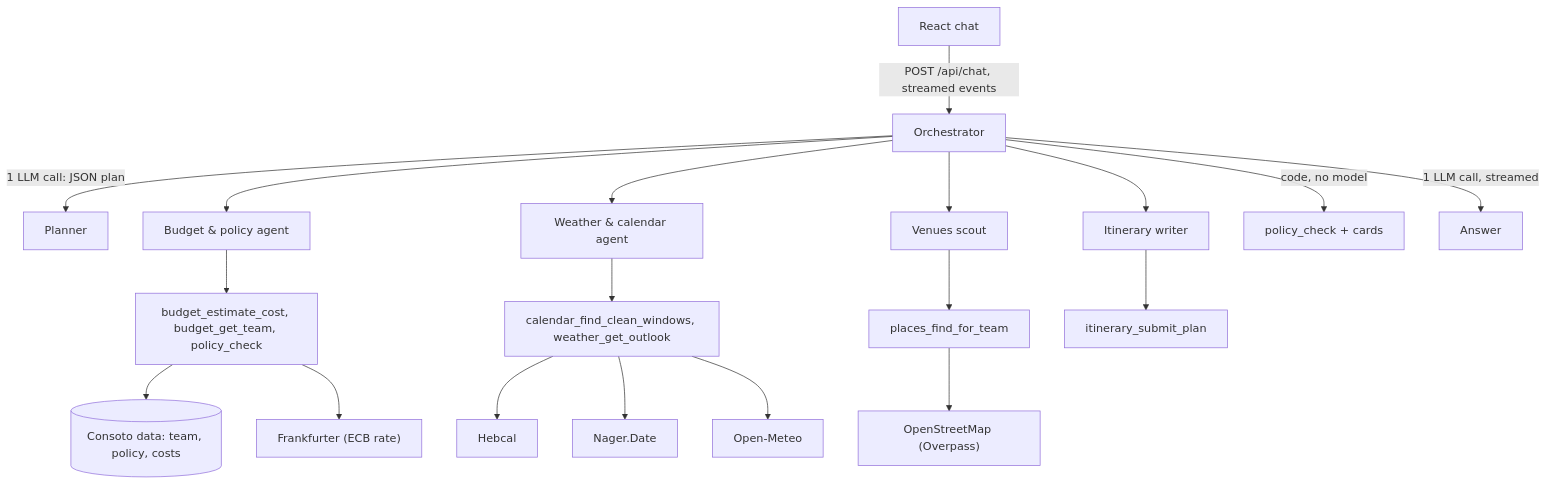
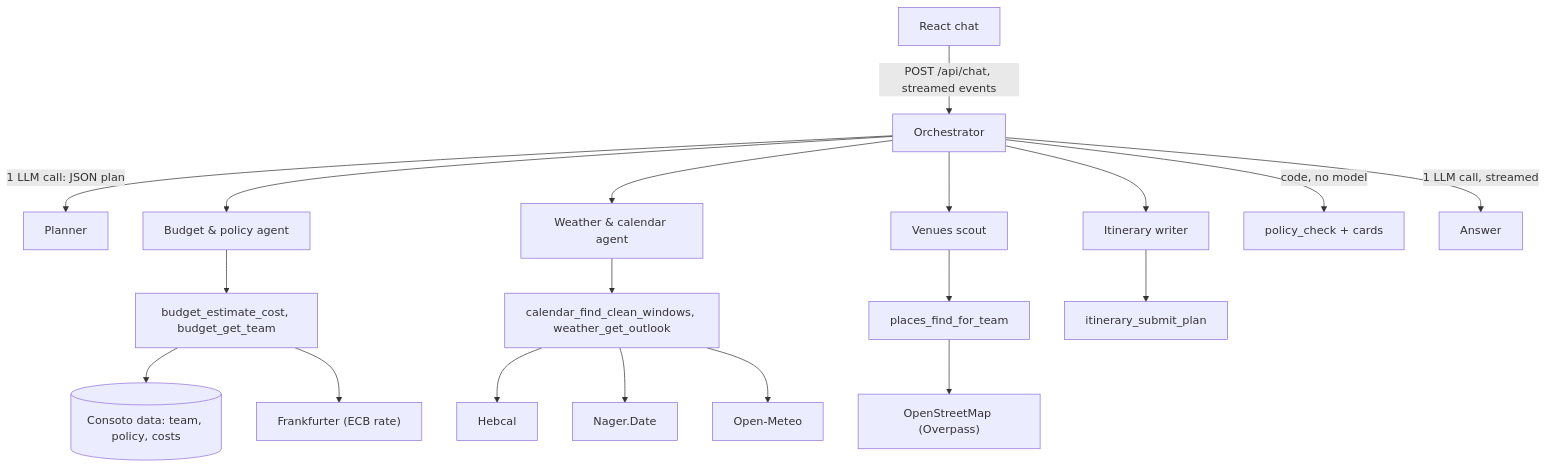
One commit to Tura2/consoto-UbTechAssignment changed the diagram in README.md. Above: the diagram before and after it, drawn with Mermaid. The commit also changed other lines of this file and 1 other file, not shown here.

````diff
--- a/README.md
+++ b/README.md
@@ -28,19 +28,19 @@
 ```mermaid
 flowchart TD
   UI["React chat"] -- "POST /api/chat, streamed events" --> ORCH["Orchestrator"]
   ORCH -- "1 LLM call: JSON plan" --> PLAN["Planner"]
   ORCH --> BP["Budget & policy agent"]
   ORCH --> WC["Weather & calendar agent"]
   ORCH --> VS["Venues scout"]
   ORCH --> IW["Itinerary writer"]
   ORCH -- "code, no model" --> PC["policy_check + cards"]
   ORCH -- "1 LLM call, streamed" --> ANS["Answer"]
-  BP --> T1["budget_estimate_cost, budget_get_team, policy_check"]
+  BP --> T1["budget_estimate_cost, budget_get_team"]
   WC --> T2["calendar_find_clean_windows, weather_get_outlook"]
   VS --> T3["places_find_for_team"]
   IW --> T4["itinerary_submit_plan"]
   T1 --> D1[("Consoto data: team, policy, costs")]
   T1 --> FX["Frankfurter (ECB rate)"]
   T2 --> HC["Hebcal"] & NG["Nager.Date"] & OM["Open-Meteo"]
   T3 --> OSM["OpenStreetMap (Overpass)"]
 ```
````
